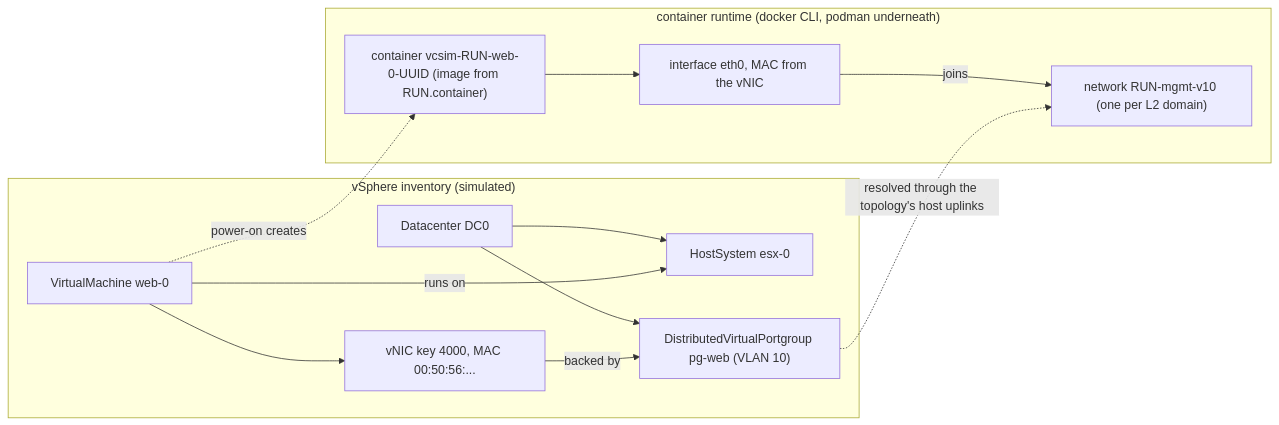
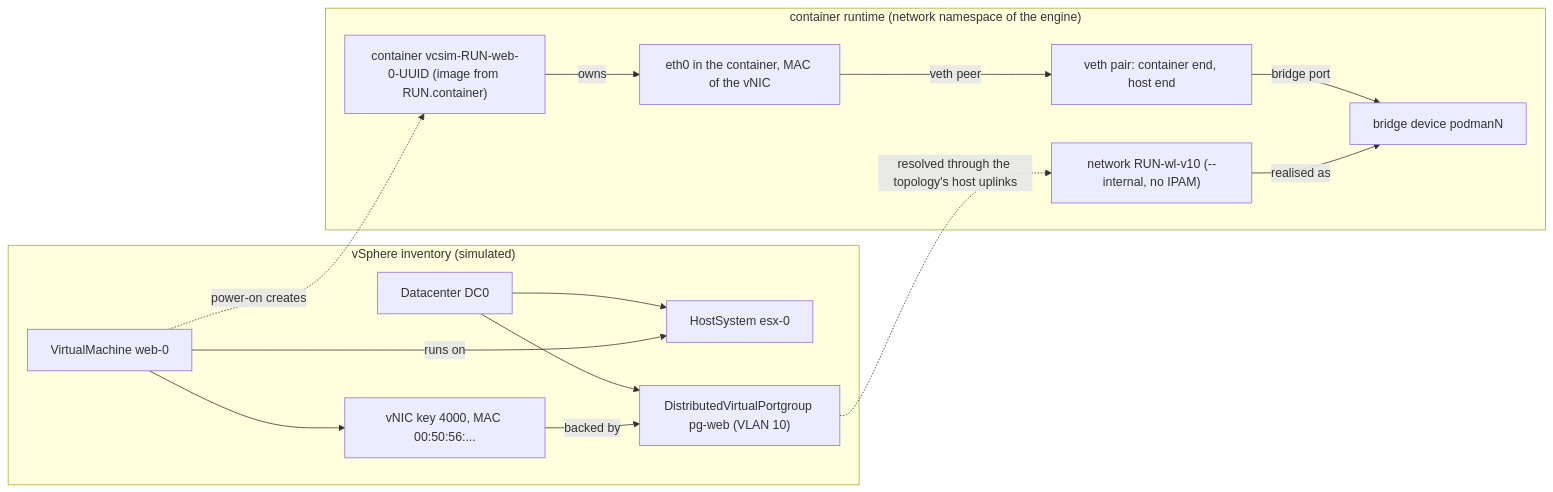
The first of 4 diagrams in vcsim/docs/container-vms-and-networking.md (george-hicken/govmomi), drawn with Mermaid before and after one commit. The commit also changed other lines of this file and 2 other files, not shown here.

First line of the commit message:
vcsim: show the bridge layer and topology routers in container network docs

````diff
--- a/vcsim/docs/container-vms-and-networking.md
+++ b/vcsim/docs/container-vms-and-networking.md
@@ -36,24 +43,28 @@
 ```mermaid
 flowchart LR
   subgraph inventory ["vSphere inventory (simulated)"]
     dcOne["Datacenter DC0"]
     hostOne["HostSystem esx-0"]
     pgOne["DistributedVirtualPortgroup pg-web (VLAN 10)"]
     vmOne["VirtualMachine web-0"]
     nicOne["vNIC key 4000, MAC 00:50:56:..."]
     dcOne --> hostOne
     dcOne --> pgOne
     vmOne --> nicOne
     nicOne -->|"backed by"| pgOne
     vmOne -->|"runs on"| hostOne
   end
-  subgraph runtime ["container runtime (docker CLI, podman underneath)"]
+  subgraph runtime ["container runtime (network namespace of the engine)"]
     ctrOne["container vcsim-RUN-web-0-UUID (image from RUN.container)"]
-    ethOne["interface eth0, MAC from the vNIC"]
-    netOne["network RUN-mgmt-v10 (one per L2 domain)"]
-    ctrOne --> ethOne
-    ethOne -->|"joins"| netOne
+    ethOne["eth0 in the container, MAC of the vNIC"]
+    vethOne["veth pair: container end, host end"]
+    bridgeOne["bridge device podmanN"]
+    netOne["network RUN-wl-v10 (--internal, no IPAM)"]
+    ctrOne -->|"owns"| ethOne
+    ethOne -->|"veth peer"| vethOne
+    vethOne -->|"bridge port"| bridgeOne
+    netOne -->|"realised as"| bridgeOne
   end
   vmOne -.->|"power-on creates"| ctrOne
   pgOne -.->|"resolved through the topology's host uplinks"| netOne
 ```
````
